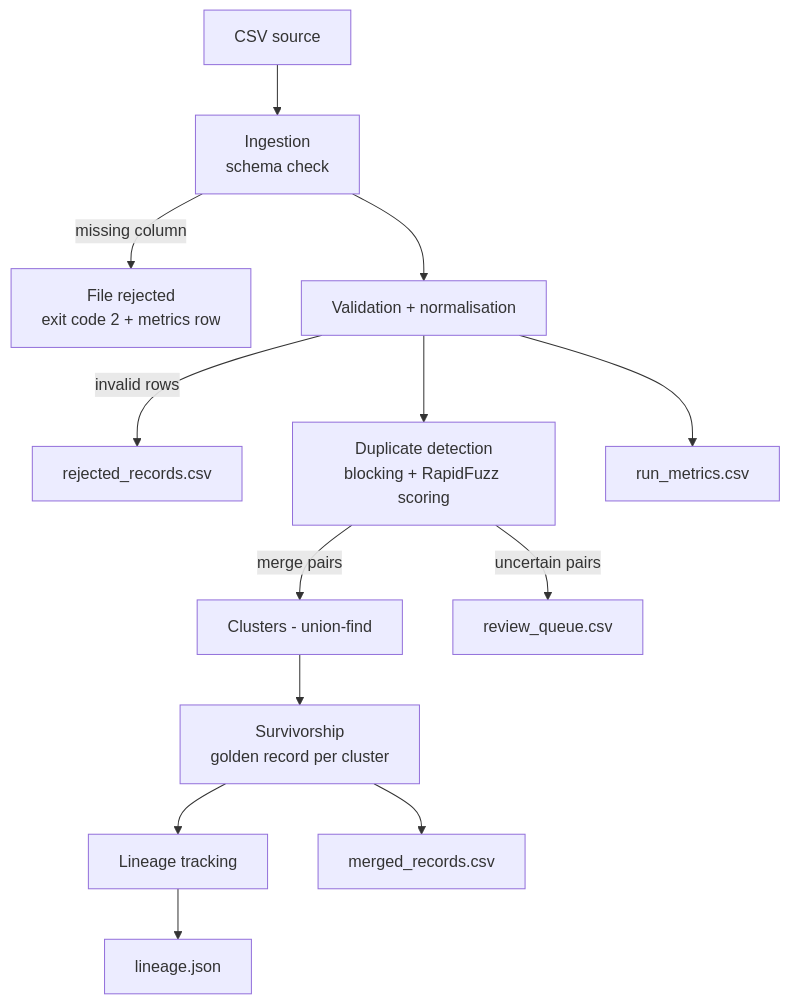
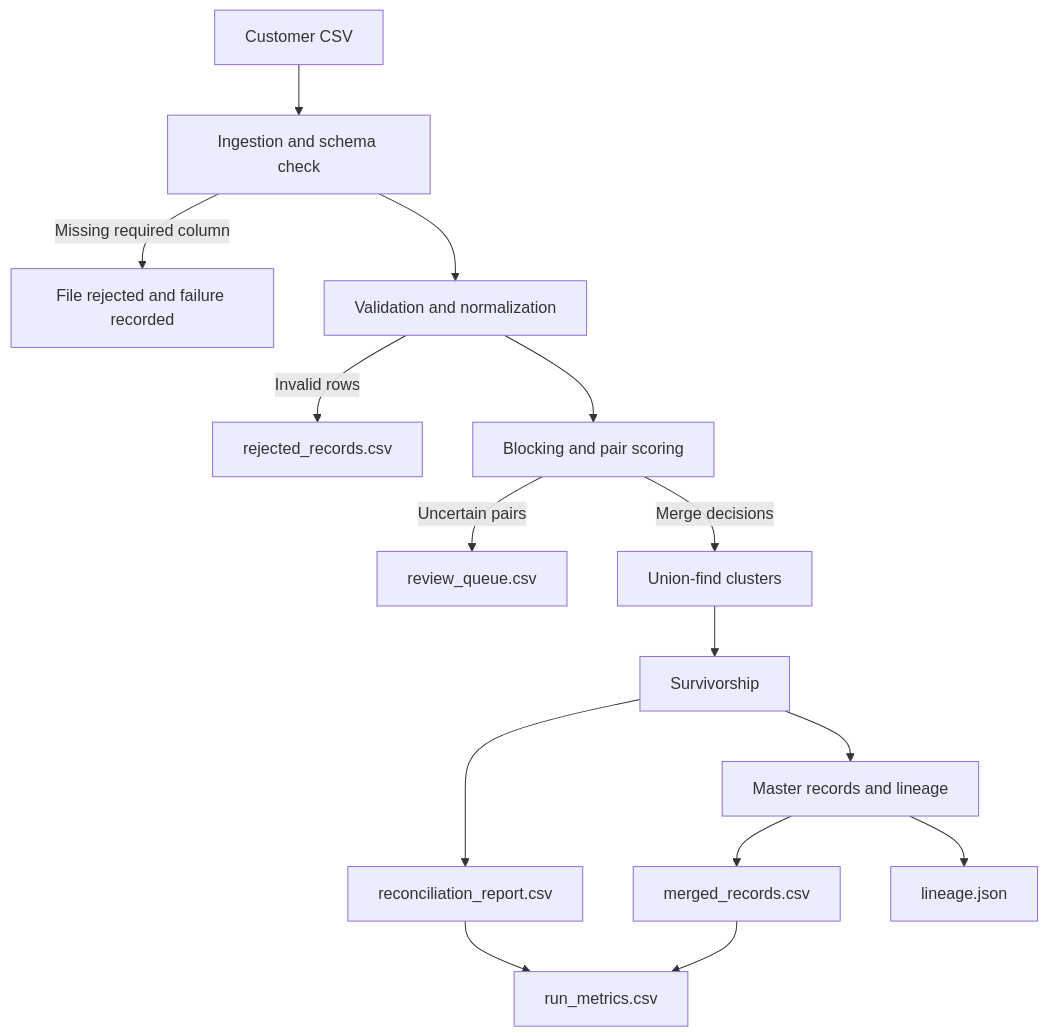
The diagram in docs/architecture.md (shreejaapuru-collab/customer-duplicate-detection-pipeline), drawn with Mermaid before and after one commit. The commit also changed other lines of this file and 3 other files, not shown here.

Commit message:
docs: Update README, architecture, and data dictionary for clarity and detail

````diff
--- a/docs/architecture.md
+++ b/docs/architecture.md
@@ -3,15 +7,17 @@
 ```mermaid
 flowchart TD
-    A[CSV source] --> B[Ingestion<br/>schema check]
-    B -->|missing column| X[File rejected<br/>exit code 2 + metrics row]
-    B --> C[Validation + normalisation]
-    C -->|invalid rows| R[rejected_records.csv]
-    C --> D[Duplicate detection<br/>blocking + RapidFuzz scoring]
-    D -->|merge pairs| E[Clusters - union-find]
-    D -->|uncertain pairs| Q[review_queue.csv]
-    E --> F[Survivorship<br/>golden record per cluster]
-    F --> G[Lineage tracking]
-    F --> M[merged_records.csv]
-    G --> L[lineage.json]
-    C --> K[run_metrics.csv]
+    A[Customer CSV] --> B[Ingestion and schema check]
+    B -->|Missing required column| X[File rejected and failure recorded]
+    B --> C[Validation and normalization]
+    C -->|Invalid rows| R[rejected_records.csv]
+    C --> D[Blocking and pair scoring]
+    D -->|Uncertain pairs| Q[review_queue.csv]
+    D -->|Merge decisions| E[Union-find clusters]
+    E --> F[Survivorship]
+    F --> G[Master records and lineage]
+    F --> H[reconciliation_report.csv]
+    G --> I[merged_records.csv]
+    G --> J[lineage.json]
+    H --> K[run_metrics.csv]
+    I --> K
 ```
````
